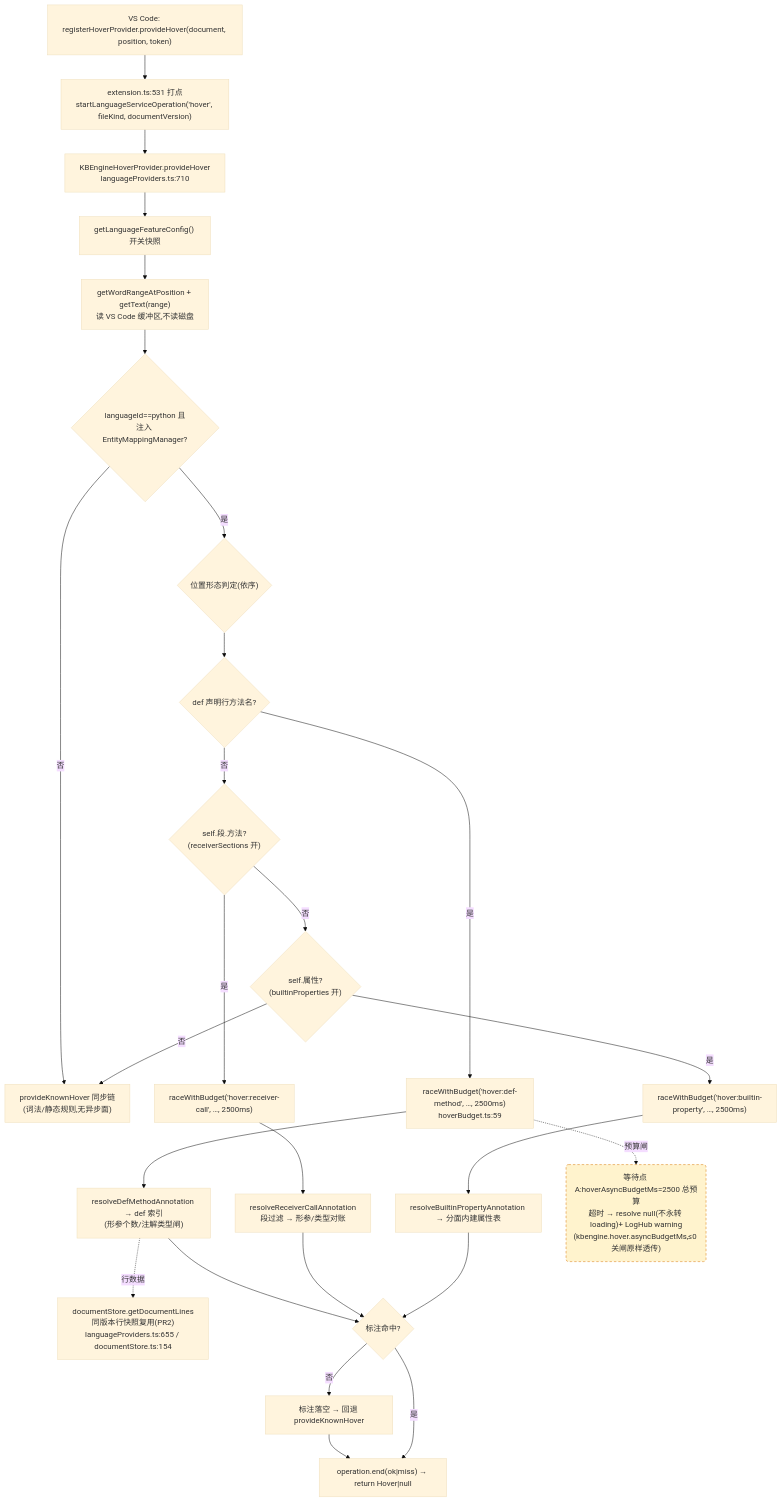
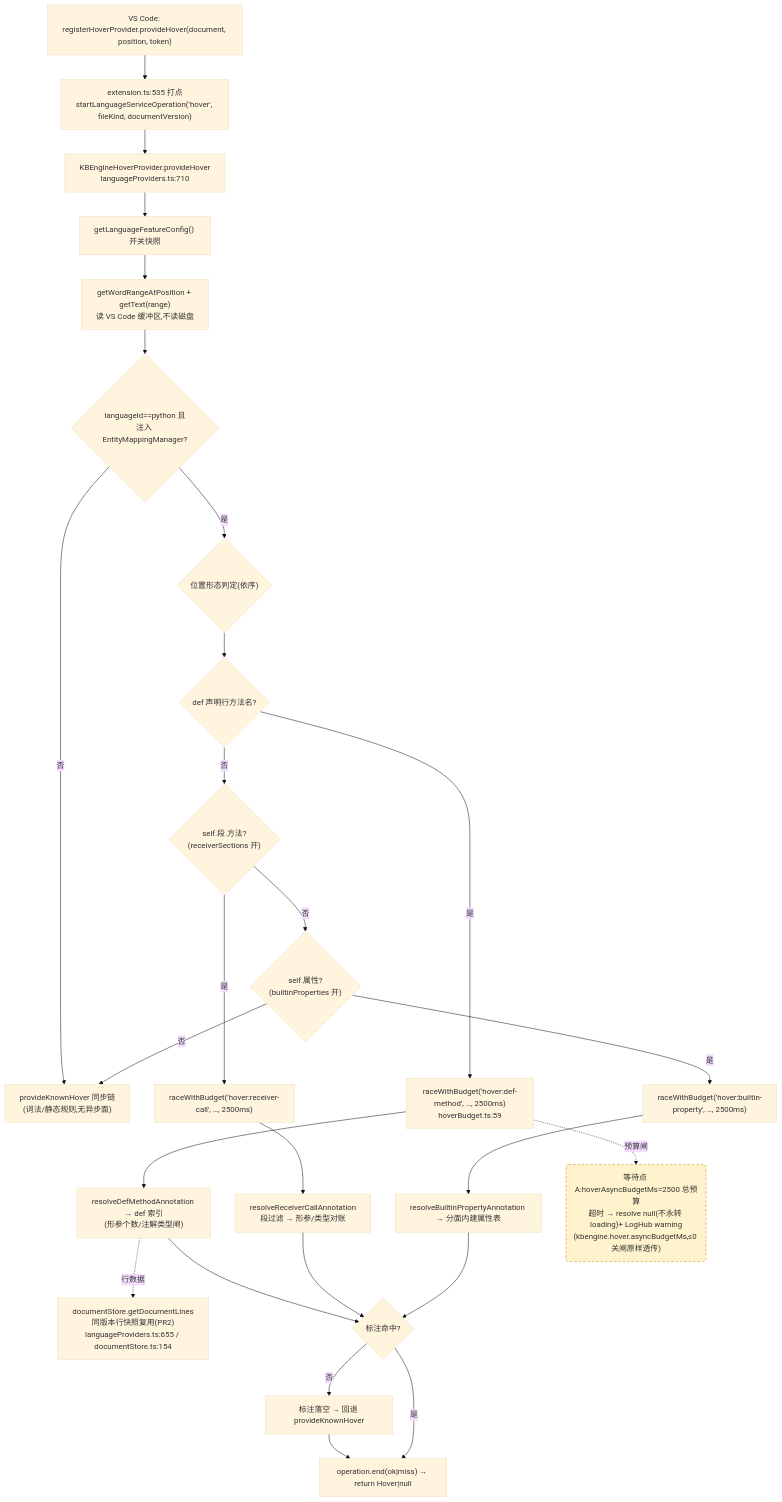
The first of 4 diagrams in docs/perf/2026-baseline.md (cuihairu/kode), drawn with Mermaid (base theme) before and after one commit. The commit also changed other lines of this file and 6 other files, not shown here.

Commit message:
feat: version-keyed document annotation buckets

````diff
--- a/docs/perf/2026-baseline.md
+++ b/docs/perf/2026-baseline.md
@@ -82,45 +82,45 @@
 ```mermaid
 flowchart TD
   VC1["VS Code: registerHoverProvider.provideHover(document, position, token)"]
-  M1["extension.ts:531 打点<br/>startLanguageServiceOperation('hover', fileKind, documentVersion)"]
+  M1["extension.ts:535 打点<br/>startLanguageServiceOperation('hover', fileKind, documentVersion)"]
   HP["KBEngineHoverProvider.provideHover<br/>languageProviders.ts:710"]
   CFG["getLanguageFeatureConfig() 开关快照"]
   WORD["getWordRangeAtPosition + getText(range)<br/>读 VS Code 缓冲区,不读磁盘"]
   BR{"languageId==python 且<br/>注入 EntityMappingManager?"}
   KN["provideKnownHover 同步链<br/>(词法/静态规则,无异步面)"]
   POS{"位置形态判定(依序)"}
   D1{"def 声明行方法名?"}
   D2{"self.段.方法?<br/>(receiverSections 开)"}
   D3{"self.属性?<br/>(builtinProperties 开)"}
   RA1["raceWithBudget('hover:def-method', …, 2500ms)<br/>hoverBudget.ts:59"]
   RA2["raceWithBudget('hover:receiver-call', …, 2500ms)"]
   RA3["raceWithBudget('hover:builtin-property', …, 2500ms)"]
   RS1["resolveDefMethodAnnotation → def 索引<br/>(形参个数/注解类型闸)"]
   RS2["resolveReceiverCallAnnotation<br/>段过滤 → 形参/类型对账"]
   RS3["resolveBuiltinPropertyAnnotation → 分面内建属性表"]
   LINES["documentStore.getDocumentLines<br/>同版本行快照复用(PR2)<br/>languageProviders.ts:655 / documentStore.ts:154"]
   MISS["标注落空 → 回退 provideKnownHover"]
   END1["operation.end(ok|miss) → return Hover|null"]
 
   VC1 --> M1 --> HP --> CFG --> WORD --> BR
   BR -- "否" --> KN
   BR -- "是" --> POS --> D1
   D1 -- "是" --> RA1 --> RS1
   D1 -- "否" --> D2
   D2 -- "是" --> RA2 --> RS2
   D2 -- "否" --> D3
   D3 -- "是" --> RA3 --> RS3
   D3 -- "否" --> KN
   RS1 --> HIT{"标注命中?"}
   RS2 --> HIT
   RS3 --> HIT
   RS1 -.->|行数据| LINES
   HIT -- "否" --> MISS --> END1
   HIT -- "是" --> END1
 
   WAITA("等待点 A:hoverAsyncBudgetMs=2500 总预算<br/>超时 → resolve null(不永转 loading)+ LogHub warning<br/>(kbengine.hover.asyncBudgetMs,≤0 关闸原样透传)")
   RA1 -.->|预算闸| WAITA
 
   classDef waitPoint fill:#fff3cd,stroke:#d97706,stroke-dasharray:5 4;
   class WAITA waitPoint;
 ```
````
